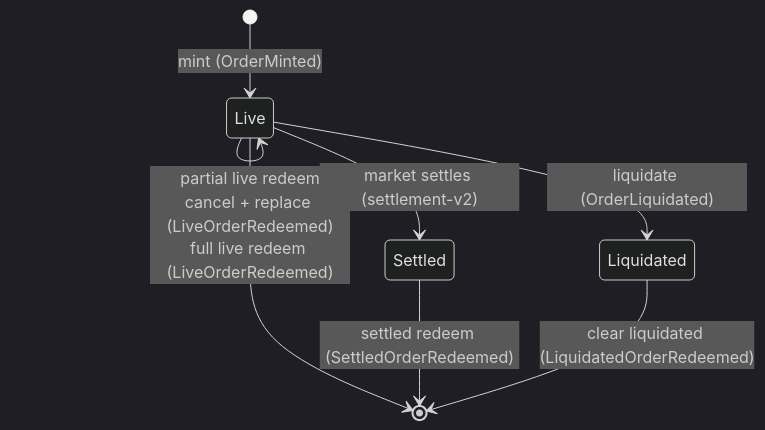
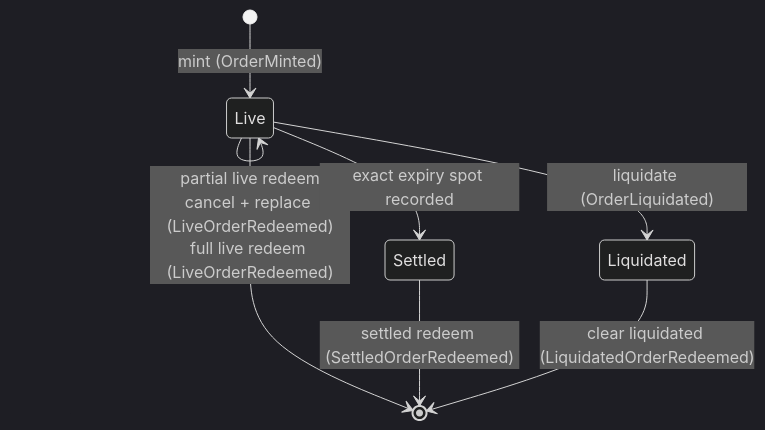
One commit to MystenLabs/deepbookv3 changed the second of 2 diagrams in packages/predict/docs/concepts/markets-and-positions.md. Above: the diagram before and after it, drawn with Mermaid (dark theme). The commit also changed other lines of this file and 23 other files, not shown here.

````diff
--- a/packages/predict/docs/concepts/markets-and-positions.md
+++ b/packages/predict/docs/concepts/markets-and-positions.md
@@ -84,10 +84,10 @@
 ```mermaid
 stateDiagram-v2
   [*] --> Live: mint (OrderMinted)
   Live --> Live: partial live redeem<br/>cancel + replace (LiveOrderRedeemed)
   Live --> [*]: full live redeem (LiveOrderRedeemed)
   Live --> Liquidated: liquidate (OrderLiquidated)
-  Live --> Settled: market settles (settlement-v2)
+  Live --> Settled: exact expiry spot recorded
   Settled --> [*]: settled redeem (SettledOrderRedeemed)
   Liquidated --> [*]: clear liquidated (LiquidatedOrderRedeemed)
 ```
````
